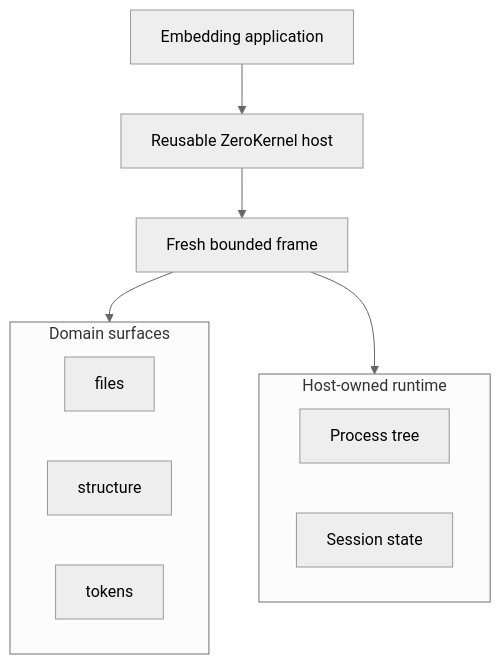
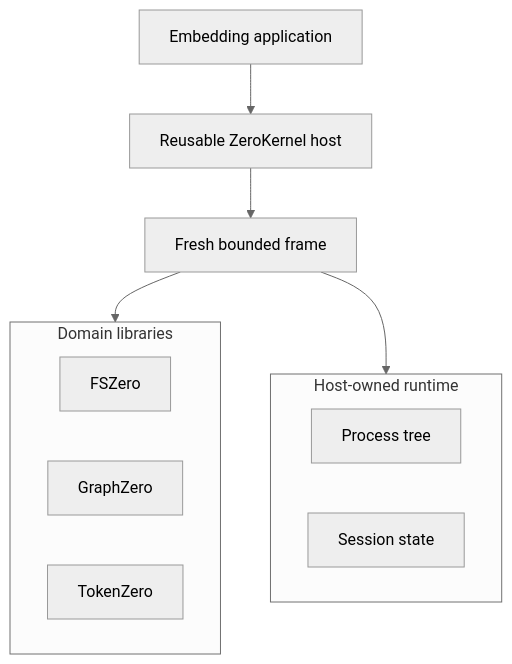
The first of 2 diagrams in README.md (AdityaVG13/zerostack), drawn with Mermaid (neutral theme) before and after one commit. The commit also changed other lines of this file, not shown here.

First line of the commit message:
docs: clarify README opening around ZeroStack domains

````diff
--- a/README.md
+++ b/README.md
@@ -40,18 +48,18 @@
 ```mermaid
 flowchart TB
   App[Embedding application] --> Host[Reusable ZeroKernel host]
   Host --> Frame[Fresh bounded frame]
-  subgraph engines [Domain surfaces]
+  subgraph engines [Domain libraries]
     direction LR
-    FS[files]
-    GZ[structure]
-    TZ[tokens]
+    FS[FSZero]
+    GZ[GraphZero]
+    TZ[TokenZero]
   end
   subgraph runtime [Host-owned runtime]
     direction LR
     Proc[Process tree]
     State[Session state]
   end
   Frame --> engines
   Frame --> runtime
 ```
````
